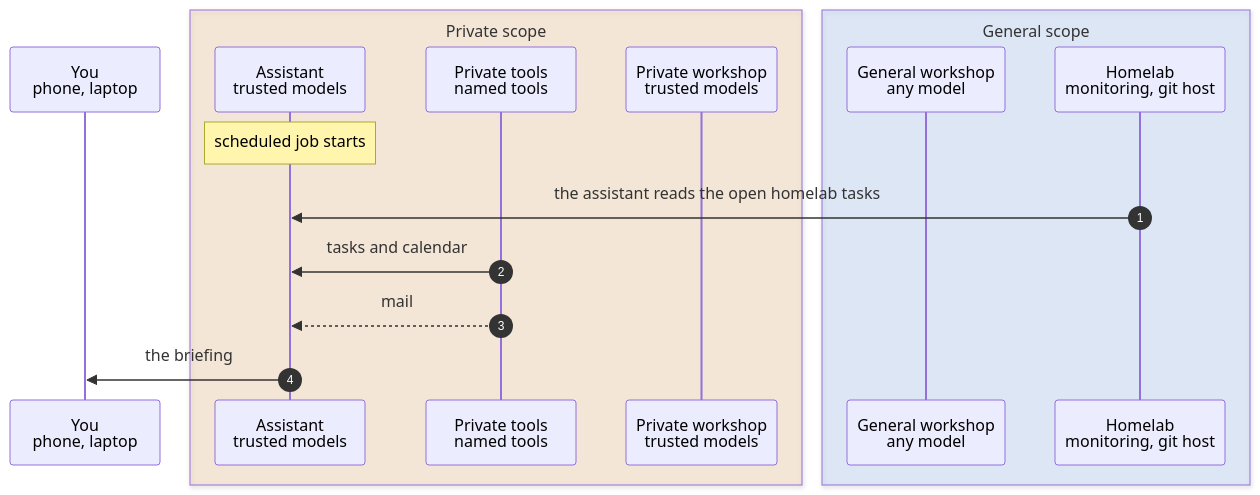
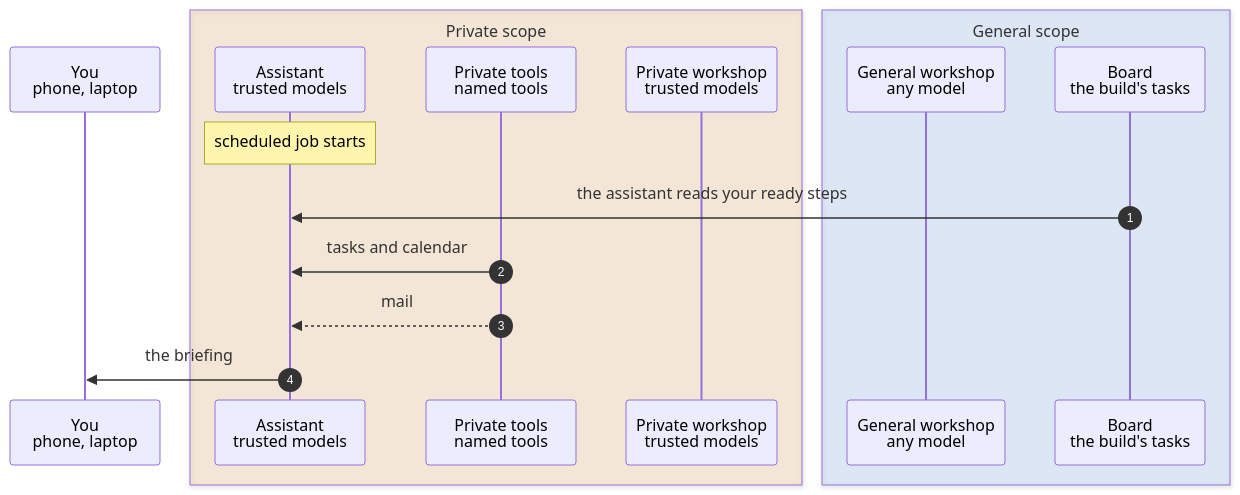
The second of 6 diagrams in kubernetes/apps/main/llm/docs/flows.md (h-wb/home-ops), drawn with Mermaid before and after one commit. The commit also changed other lines of this file and 23 other files, not shown here.

Commit message:
feat(hermes): the assistant reads the board and cannot write it; retire the stand-in task boards (#5214)

````diff
--- a/kubernetes/apps/main/llm/docs/flows.md
+++ b/kubernetes/apps/main/llm/docs/flows.md
@@ -67,19 +67,19 @@
 ```mermaid
 sequenceDiagram
     autonumber
     participant Y as You<br/>phone, laptop
     box rgba(240,170,82,0.18) Private scope
         participant H as Assistant<br/>trusted models
         participant T as Private tools<br/>named tools
         participant P as Private workshop<br/>trusted models
     end
     box rgba(120,174,252,0.18) General scope
         participant G as General workshop<br/>any model
-        participant X as Homelab<br/>monitoring, git host
+        participant X as Board<br/>the build's tasks
     end
     Note over H: scheduled job starts
-    X->>H: the assistant reads the open homelab tasks
+    X->>H: the assistant reads your ready steps
     T->>H: tasks and calendar
     T-->>H: mail
     H->>Y: the briefing
 ```
````
